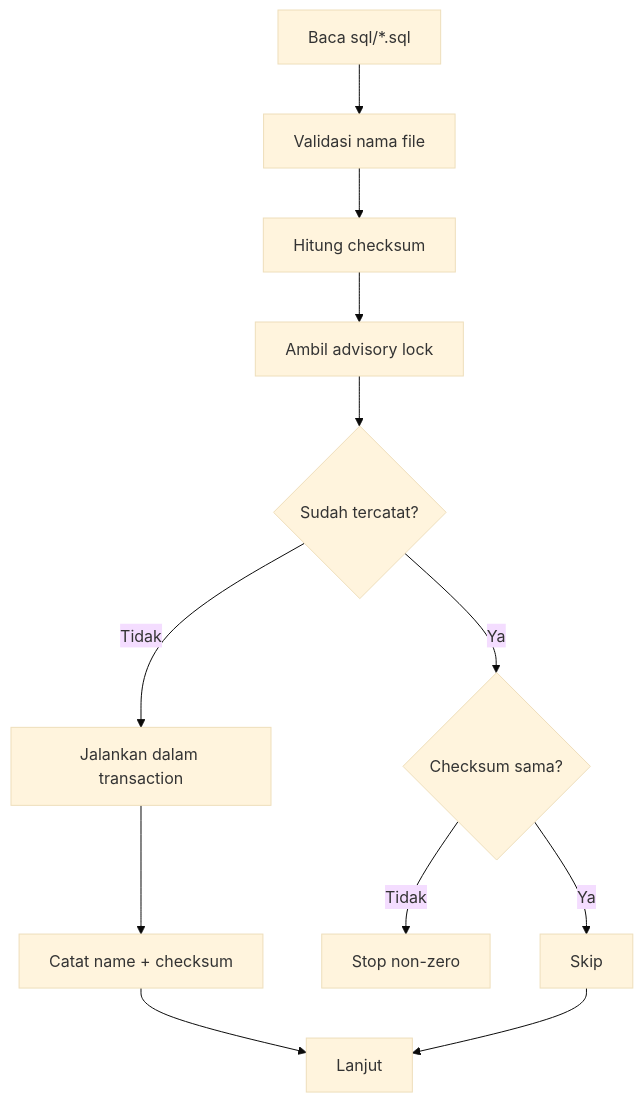
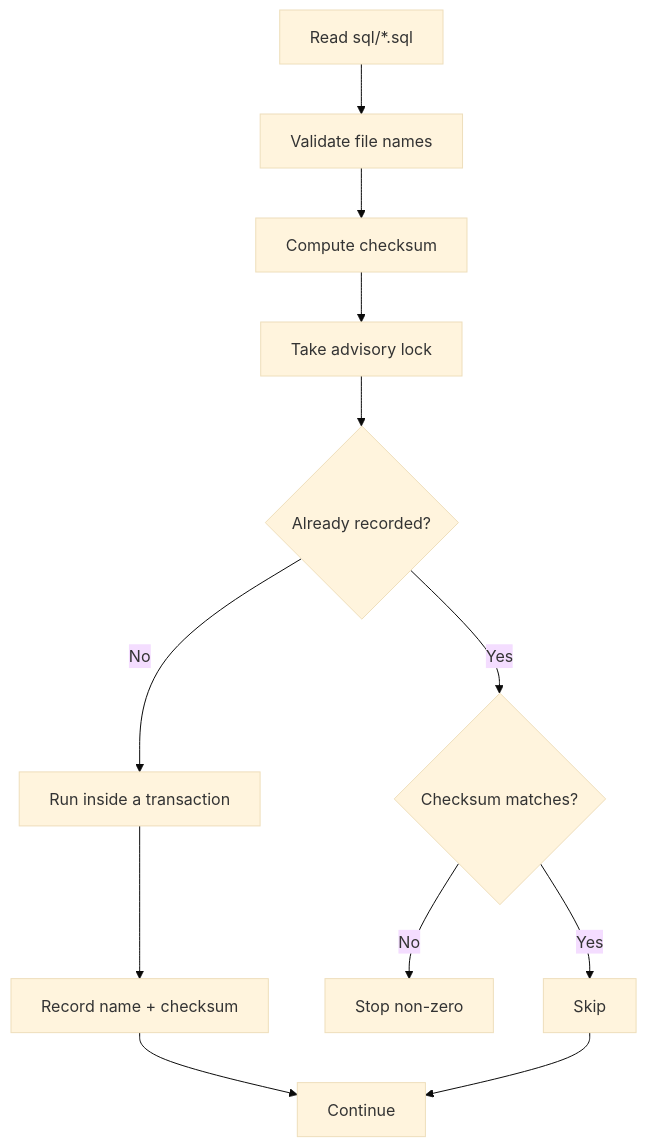
One commit to ahliweb/awcms changed the diagram in docs/awcms/database-migrations.md. Above: the diagram before and after it, drawn with Mermaid (base theme). The commit also changed other lines of this file and 603 other files, not shown here.

````diff
--- a/docs/awcms/database-migrations.md
+++ b/docs/awcms/database-migrations.md
@@ -82,14 +84,14 @@
 ```mermaid
 flowchart TD
-  A[Baca sql/*.sql] --> B[Validasi nama file]
-  B --> C[Hitung checksum]
-  C --> D[Ambil advisory lock]
-  D --> E{Sudah tercatat?}
-  E -- Ya --> F{Checksum sama?}
-  F -- Ya --> G[Skip]
-  F -- Tidak --> H[Stop non-zero]
-  E -- Tidak --> I[Jalankan dalam transaction]
-  I --> J[Catat name + checksum]
-  J --> K[Lanjut]
+  A[Read sql/*.sql] --> B[Validate file names]
+  B --> C[Compute checksum]
+  C --> D[Take advisory lock]
+  D --> E{Already recorded?}
+  E -- Yes --> F{Checksum matches?}
+  F -- Yes --> G[Skip]
+  F -- No --> H[Stop non-zero]
+  E -- No --> I[Run inside a transaction]
+  I --> J[Record name + checksum]
+  J --> K[Continue]
   G --> K
 ```
````
